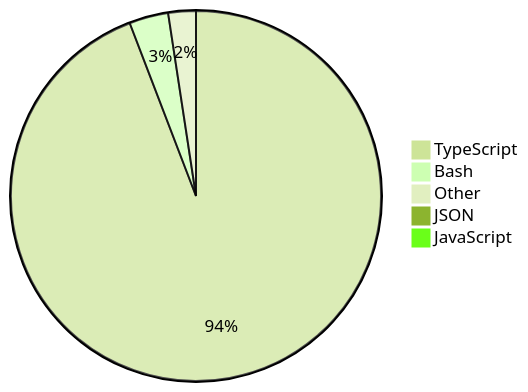
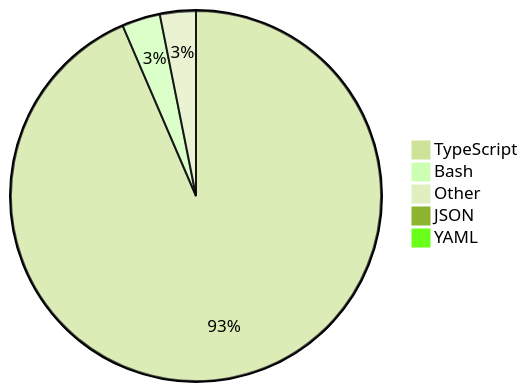
One commit to skvggor/skvggor changed the diagram in README.md. Above: the diagram before and after it, drawn with Mermaid (forest theme).

Commit message:
Updated waka-readme graph with new metrics

````diff
--- a/README.md
+++ b/README.md
@@ -14,8 +14,8 @@
 ```mermaid
 pie
-    "TypeScript" : 93.8
-    "Bash" : 3.4
-    "Other" : 2.4
-    "JSON" : 0.3
-    "JavaScript" : 0.1
+    "TypeScript" : 92.5
+    "Bash" : 3.3
+    "Other" : 3.1
+    "JSON" : 0.6
+    "YAML" : 0.4
 ```
````
